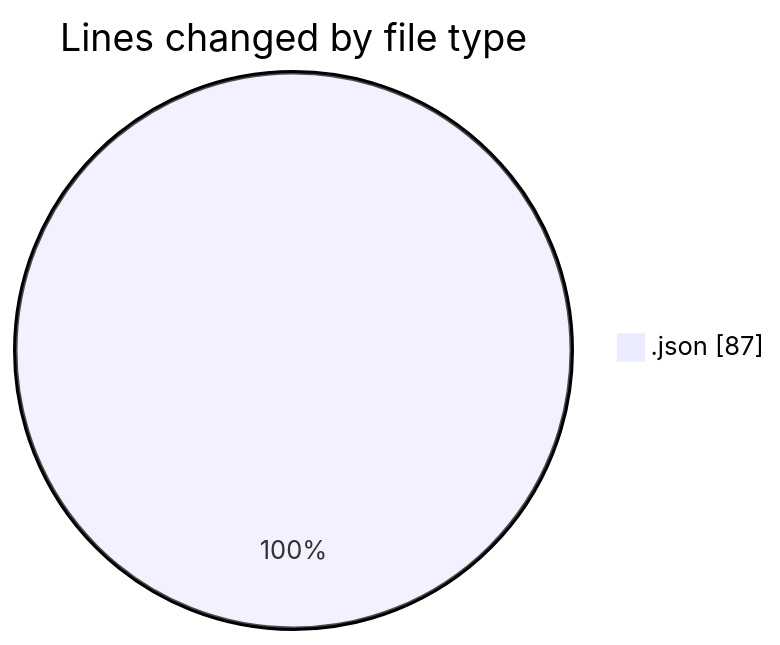
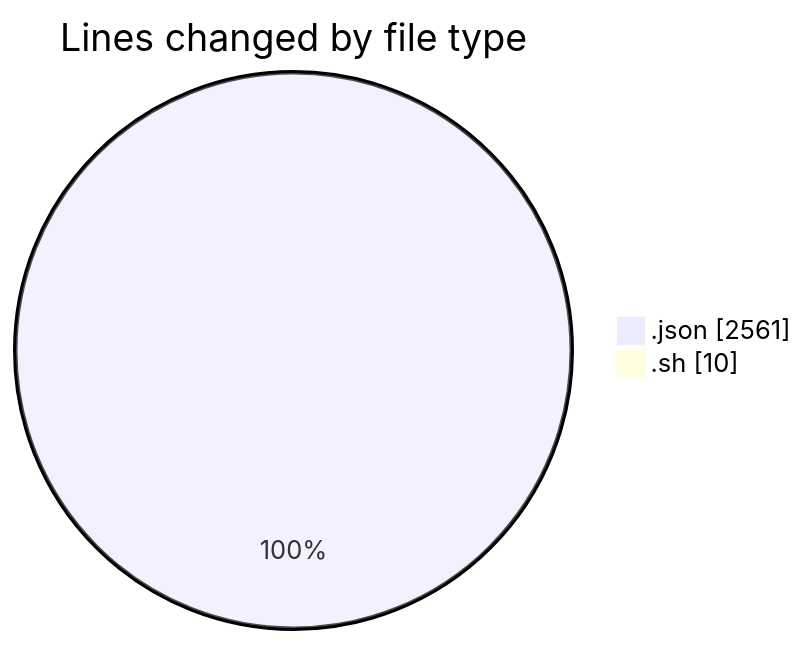
One commit to EIIisD/code-tracking changed the first of 2 diagrams in 2025-08-03/_claude/README.md. Above: the diagram before and after it, drawn with Mermaid. The commit also changed other lines of this file and 1 other file, not shown here.

````diff
--- a/2025-08-03/_claude/README.md
+++ b/2025-08-03/_claude/README.md
@@ -20,5 +23,6 @@
 ```mermaid
 pie showData
 title Lines changed by file type
-".json" : 87
+".json" : 2561
+".sh" : 10
 ```
````
